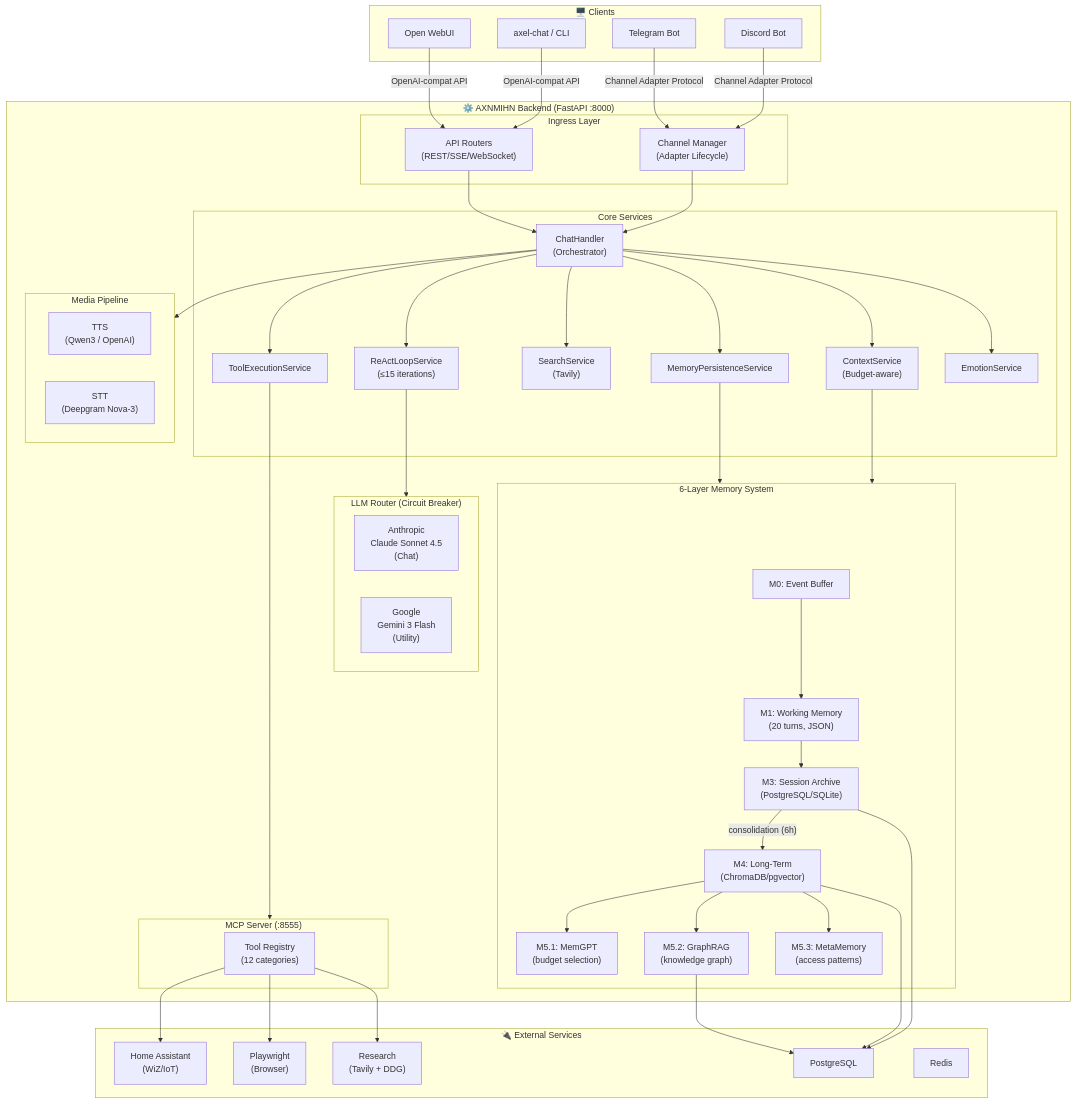
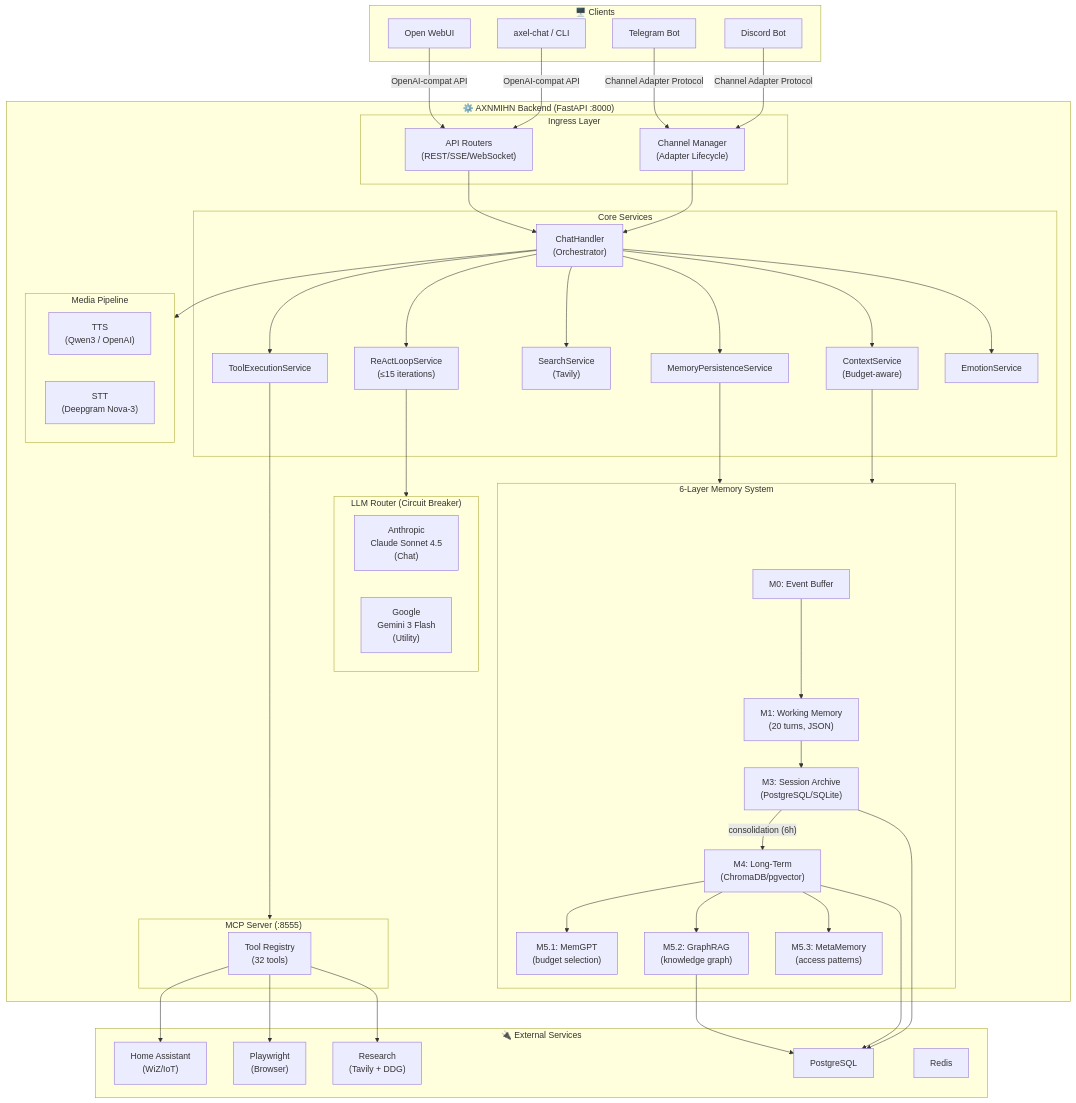
One commit to NorthProt-Inc/axel-backend changed the first of 6 diagrams in README.md. Above: the diagram before and after it, drawn with Mermaid. The commit also changed other lines of this file, not shown here.

Commit message:
docs(readme): fix MCP tool count to 32 in architecture diagrams

```diff
--- a/README.md
+++ b/README.md
@@ -72,7 +72,7 @@
         end
 
         subgraph MCP["MCP Server (:8555)"]
-            MCPTools["Tool Registry<br/>(12 categories)"]
+            MCPTools["Tool Registry<br/>(32 tools)"]
         end
 
         subgraph Media["Media Pipeline"]
```
